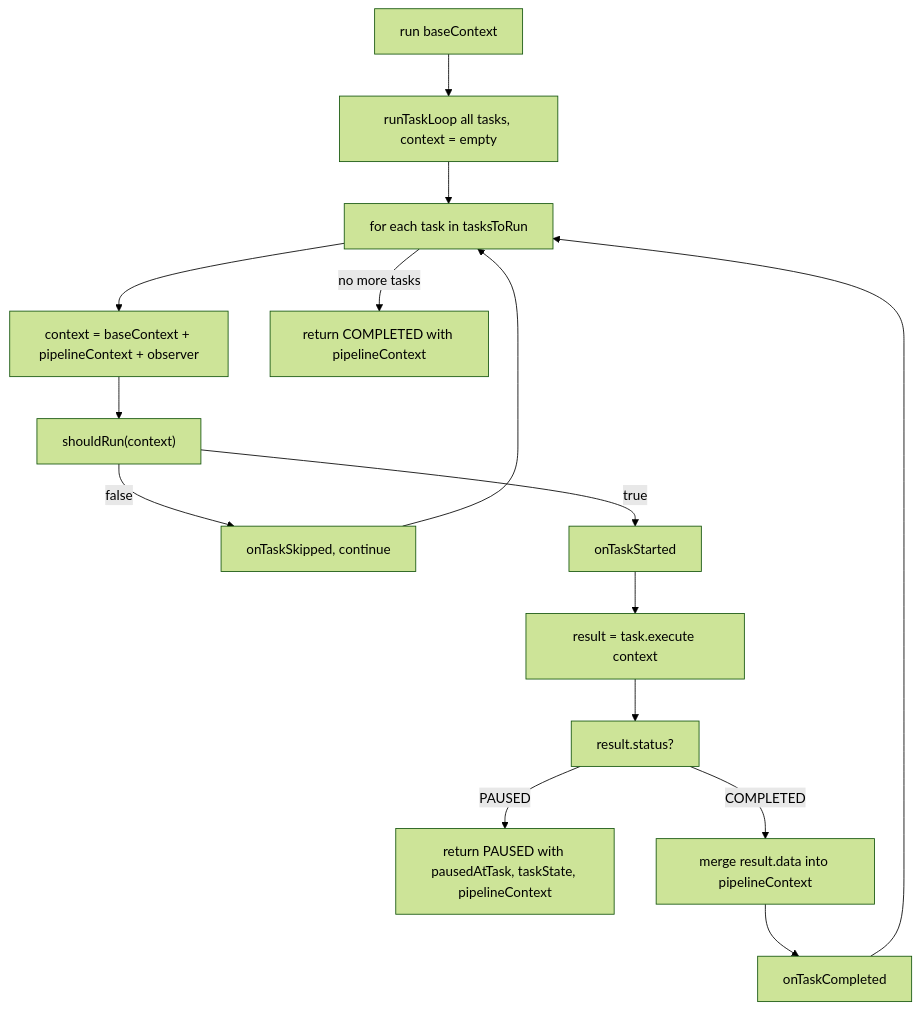
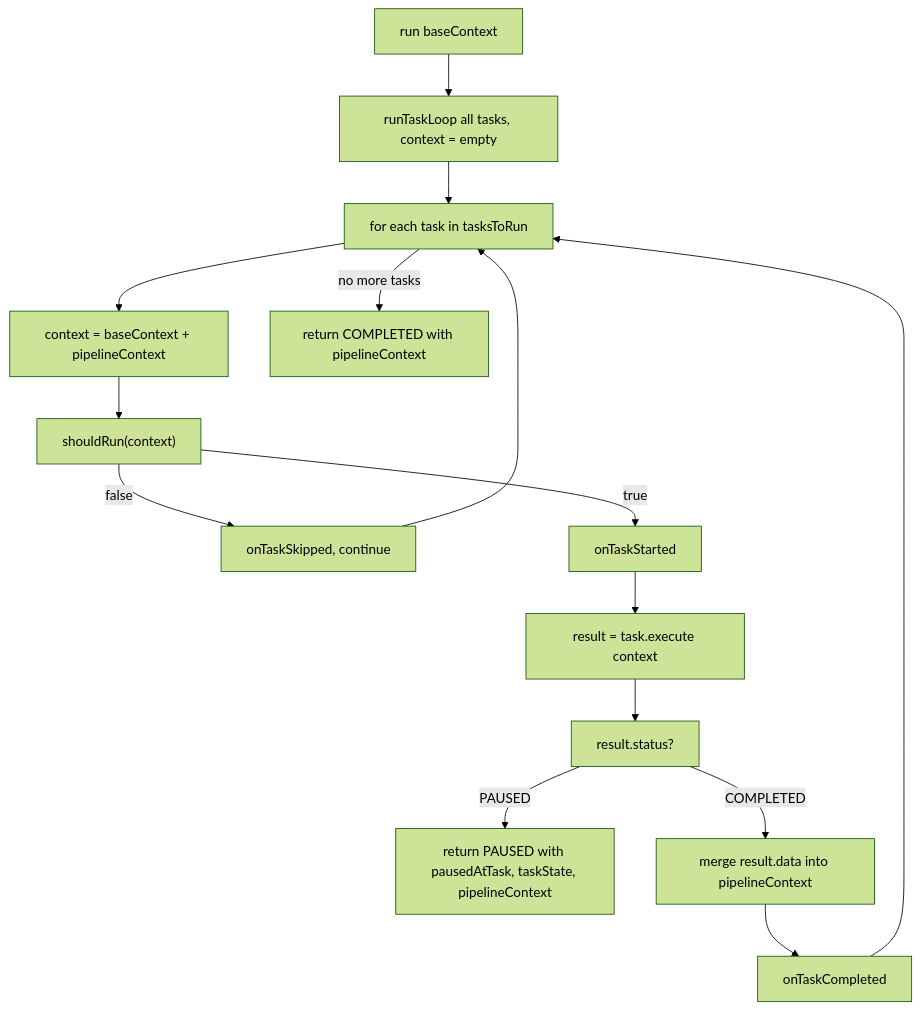
One commit to lifinance/sdk changed the first of 3 diagrams in docs/task-pipeline.md. Above: the diagram before and after it, drawn with Mermaid (forest theme). The commit also changed other lines of this file and 19 other files, not shown here.

````diff
--- a/docs/task-pipeline.md
+++ b/docs/task-pipeline.md
@@ -35,17 +35,17 @@
 ```mermaid
 flowchart TD
     A[run baseContext] --> B[runTaskLoop all tasks, context = empty]
     B --> C[for each task in tasksToRun]
-    C --> D[context = baseContext + pipelineContext + observer]
+    C --> D[context = baseContext + pipelineContext]
     D --> E["shouldRun(context)"]
     E -->|false| F[onTaskSkipped, continue]
     F --> C
     E -->|true| G[onTaskStarted]
     G --> H[result = task.execute context]
     H --> I["result.status?"]
     I -->|PAUSED| J[return PAUSED with pausedAtTask, taskState, pipelineContext]
     I -->|COMPLETED| K[merge result.data into pipelineContext]
     K --> L[onTaskCompleted]
     L --> C
     C -->|no more tasks| M[return COMPLETED with pipelineContext]
 ```
````
